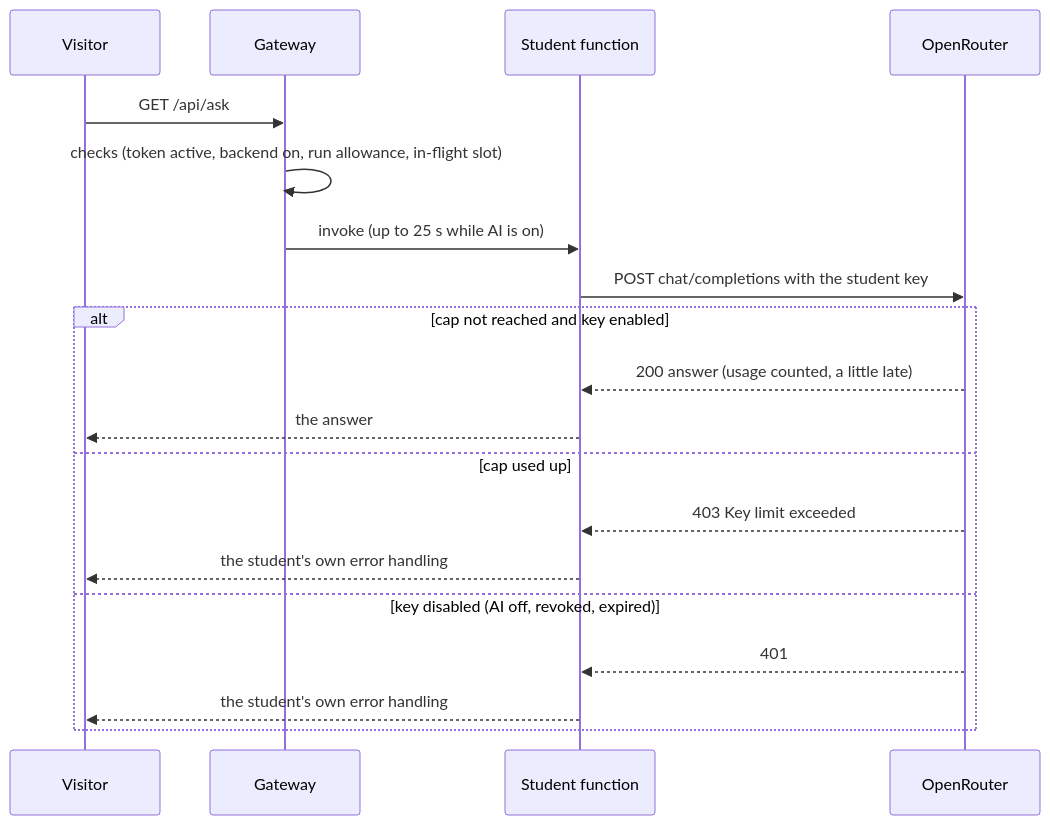
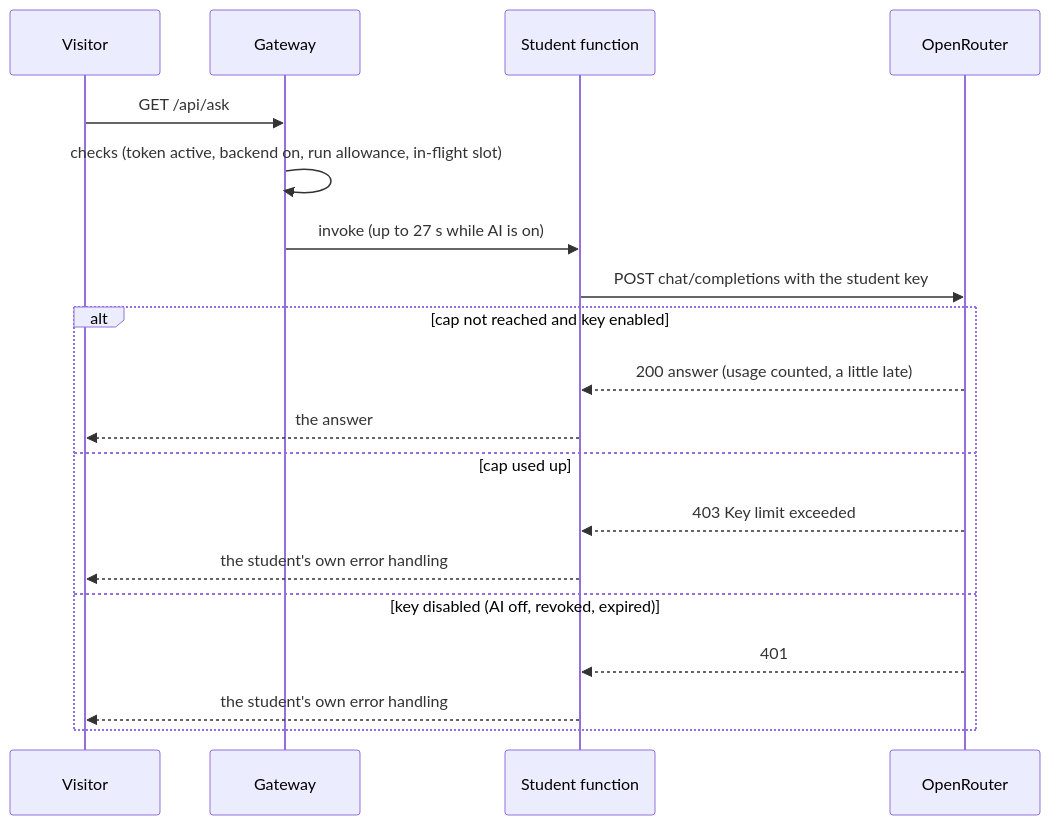
The fourth of 5 diagrams in docs/AI_CONNECTOR.md (abhtft/class-hosting-platform), drawn with Mermaid before and after one commit. The commit also changed other lines of this file and 46 other files, not shown here.

````diff
--- a/docs/AI_CONNECTOR.md
+++ b/docs/AI_CONNECTOR.md
@@ -119,21 +119,21 @@
 ```mermaid
 sequenceDiagram
   participant V as Visitor
   participant G as Gateway
   participant F as Student function
   participant O as OpenRouter
   V->>G: GET /api/ask
   G->>G: checks (token active, backend on, run allowance, in-flight slot)
-  G->>F: invoke (up to 25 s while AI is on)
+  G->>F: invoke (up to 27 s while AI is on)
   F->>O: POST chat/completions with the student key
   alt cap not reached and key enabled
     O-->>F: 200 answer (usage counted, a little late)
     F-->>V: the answer
   else cap used up
     O-->>F: 403 Key limit exceeded
     F-->>V: the student's own error handling
   else key disabled (AI off, revoked, expired)
     O-->>F: 401
     F-->>V: the student's own error handling
   end
 ```
````
